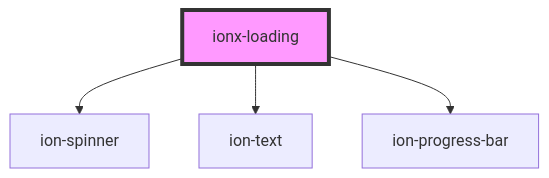
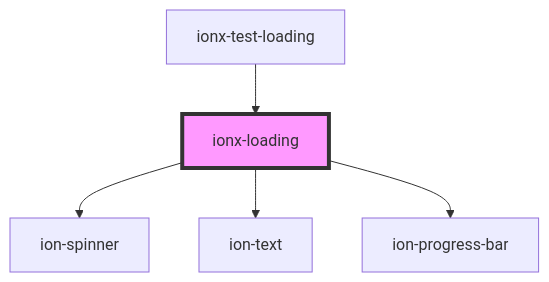
One commit to co-mmons/ionx changed the diagram in src/components/Loading/readme.md. Above: the diagram before and after it, drawn with Mermaid. The commit also changed other lines of this file and 22 other files, not shown here.

````diff
--- a/src/components/Loading/readme.md
+++ b/src/components/Loading/readme.md
@@ -45,7 +49,8 @@
 ```mermaid
 graph TD;
   ionx-loading --> ion-spinner
   ionx-loading --> ion-text
   ionx-loading --> ion-progress-bar
+  ionx-test-loading --> ionx-loading
   style ionx-loading fill:#f9f,stroke:#333,stroke-width:4px
 ```
````
